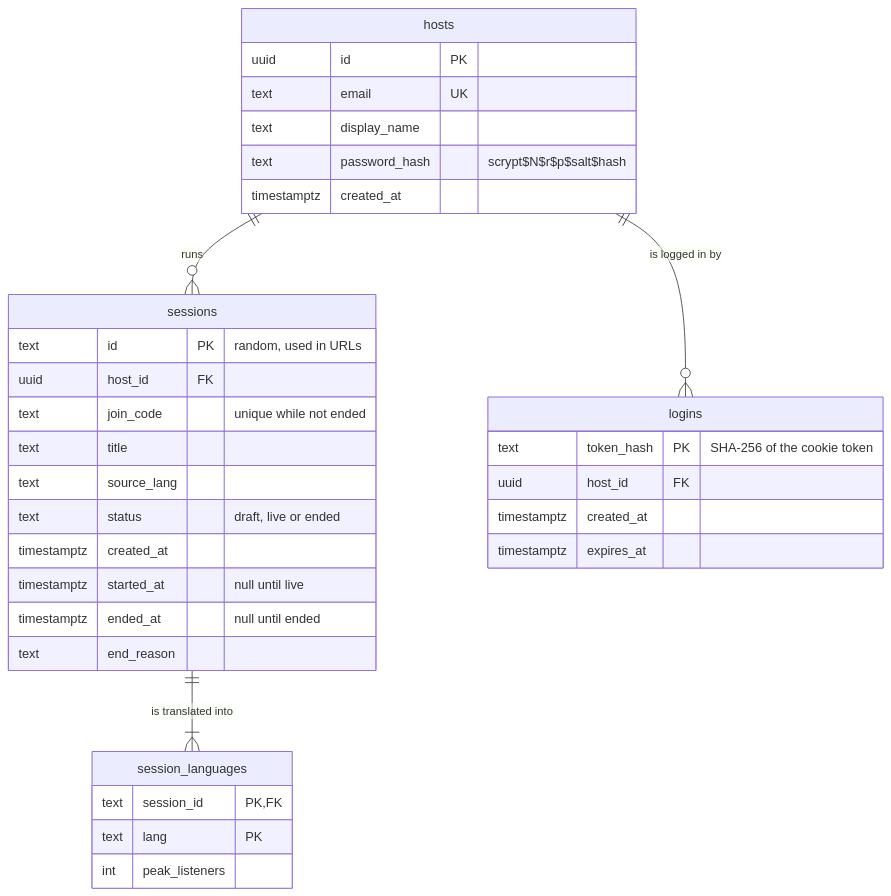
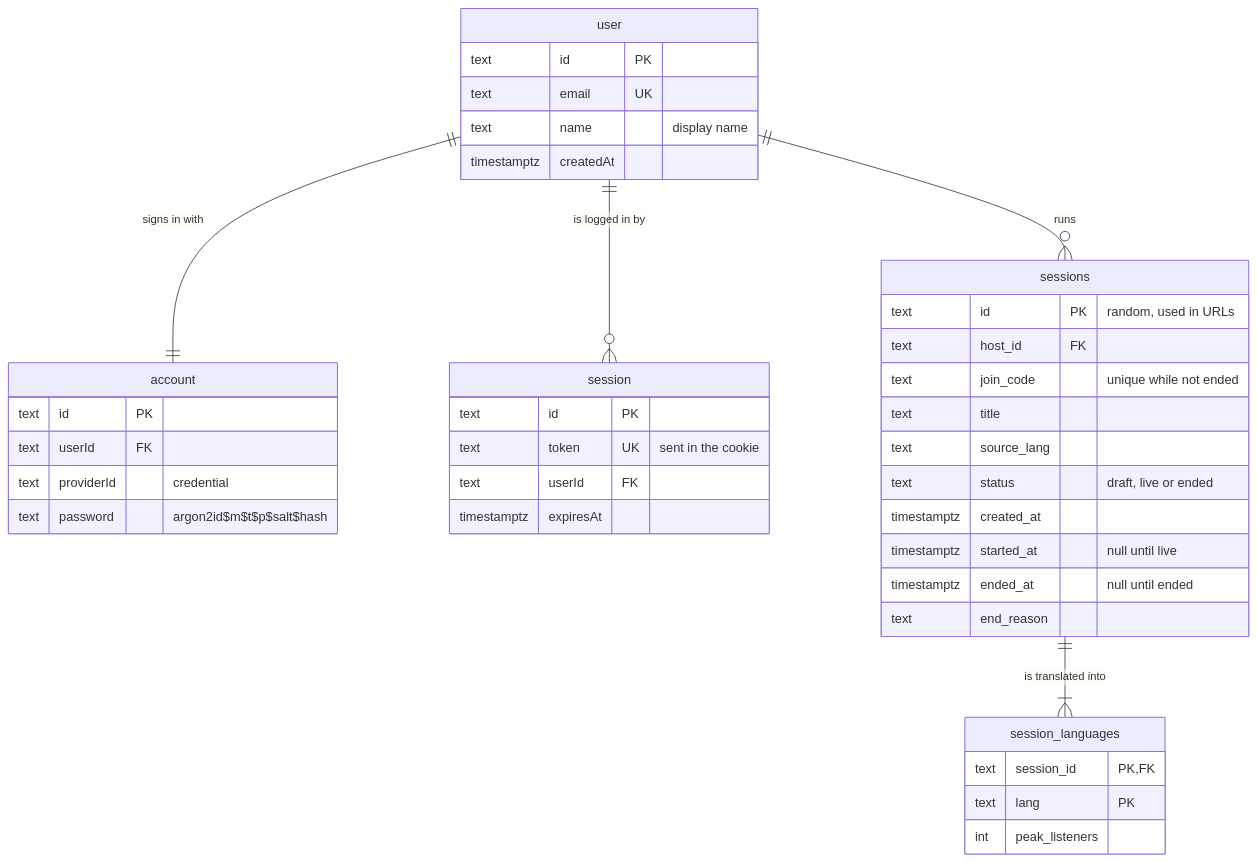
Before and after one commit to WH1TE-SHAD0W/ai-dubbing-studio: the third of 3 diagrams in docs/architecture.md, drawn with Mermaid. The commit also changed other lines of this file and 1 other file, not shown here.

Commit message:
docs: use Better Auth tables in the data model (YGP-11)
Replaces hosts and logins with Better Auth's user, account and session
tables, following the switch to Better Auth in ADR-0003.

````diff
--- a/docs/architecture.md
+++ b/docs/architecture.md
@@ -64,37 +65,43 @@
 ```mermaid
 erDiagram
-  hosts ||--o{ sessions : runs
-  hosts ||--o{ logins : "is logged in by"
+  user ||--|| account : "signs in with"
+  user ||--o{ session : "is logged in by"
+  user ||--o{ sessions : runs
   sessions ||--|{ session_languages : "is translated into"
 
-  hosts {
-    uuid id PK
+  user {
+    text id PK
     text email UK
-    text display_name
-    text password_hash "scrypt$N$r$p$salt$hash"
-    timestamptz created_at
+    text name "display name"
+    timestamptz createdAt
+  }
+  account {
+    text id PK
+    text userId FK
+    text providerId "credential"
+    text password "argon2id$m$t$p$salt$hash"
+  }
+  session {
+    text id PK
+    text token UK "sent in the cookie"
+    text userId FK
+    timestamptz expiresAt
   }
   sessions {
     text id PK "random, used in URLs"
-    uuid host_id FK
+    text host_id FK
     text join_code "unique while not ended"
     text title
     text source_lang
     text status "draft, live or ended"
     timestamptz created_at
     timestamptz started_at "null until live"
     timestamptz ended_at "null until ended"
     text end_reason
   }
   session_languages {
     text session_id PK, FK
     text lang PK
     int peak_listeners
   }
-  logins {
-    text token_hash PK "SHA-256 of the cookie token"
-    uuid host_id FK
-    timestamptz created_at
-    timestamptz expires_at
-  }
 ```
````
